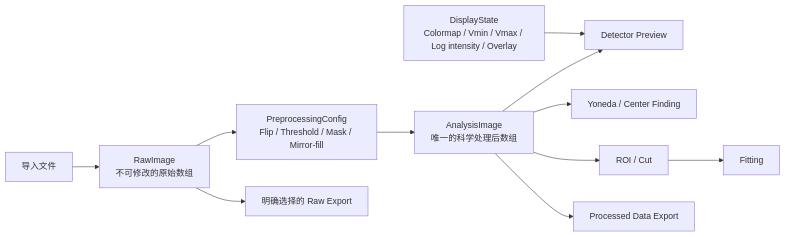
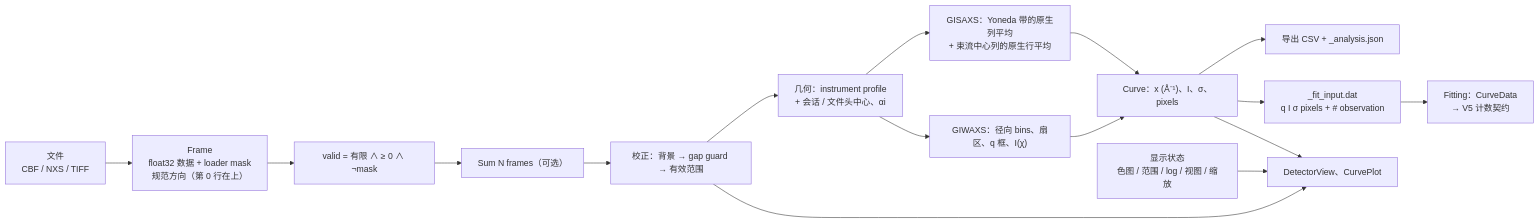
Before and after one commit to zyffcc/gisaxs_gui: the diagram in docs/architecture/scientific-data-flow.md, drawn with Mermaid. The commit also changed other lines of this file and 796 other files, not shown here.

````diff
--- a/docs/architecture/scientific-data-flow.md
+++ b/docs/architecture/scientific-data-flow.md
@@ -25,15 +24,18 @@
 ```mermaid
 flowchart LR
-    A["导入文件"] --> B["RawImage<br/>不可修改的原始数组"]
-    B --> C["PreprocessingConfig<br/>Flip / Threshold / Mask / Mirror-fill"]
-    C --> D["AnalysisImage<br/>唯一的科学处理后数组"]
-
-    D --> E["Detector Preview"]
-    D --> F["Yoneda / Center Finding"]
-    D --> G["ROI / Cut"]
-    G --> H["Fitting"]
-    D --> I["Processed Data Export"]
-
-    B --> J["明确选择的 Raw Export"]
-    K["DisplayState<br/>Colormap / Vmin / Vmax / Log intensity / Overlay"] --> E
+    A["文件<br/>CBF / NXS / TIFF"] --> B["Frame<br/>float32 数据 + loader mask<br/>规范方向（第 0 行在上）"]
+    B --> C["valid = 有限 ∧ ≥ 0 ∧ ¬mask"]
+    C --> D["Sum N frames（可选）"]
+    D --> E["校正：背景 → gap guard → 有效范围"]
+    E --> F["几何：instrument profile<br/>+ 会话 / 文件头中心、αi"]
+    F --> G["GISAXS：Yoneda 带的原生列平均<br/>+ 束流中心列的原生行平均"]
+    F --> H["GIWAXS：径向 bins、扇区、q 框、I(χ)"]
+    G --> I["Curve：x (Å⁻¹)、I、σ、pixels"]
+    H --> I
+    I --> J["导出 CSV + _analysis.json"]
+    I --> K["_fit_input.dat<br/>q I σ pixels + # observation"]
+    K --> L["Fitting：CurveData<br/>→ V5 计数契约"]
+    M["显示状态<br/>色图 / 范围 / log / 视图 / 缩放"] --> N["DetectorView、CurvePlot"]
+    E --> N
+    I --> N
 ```
````
